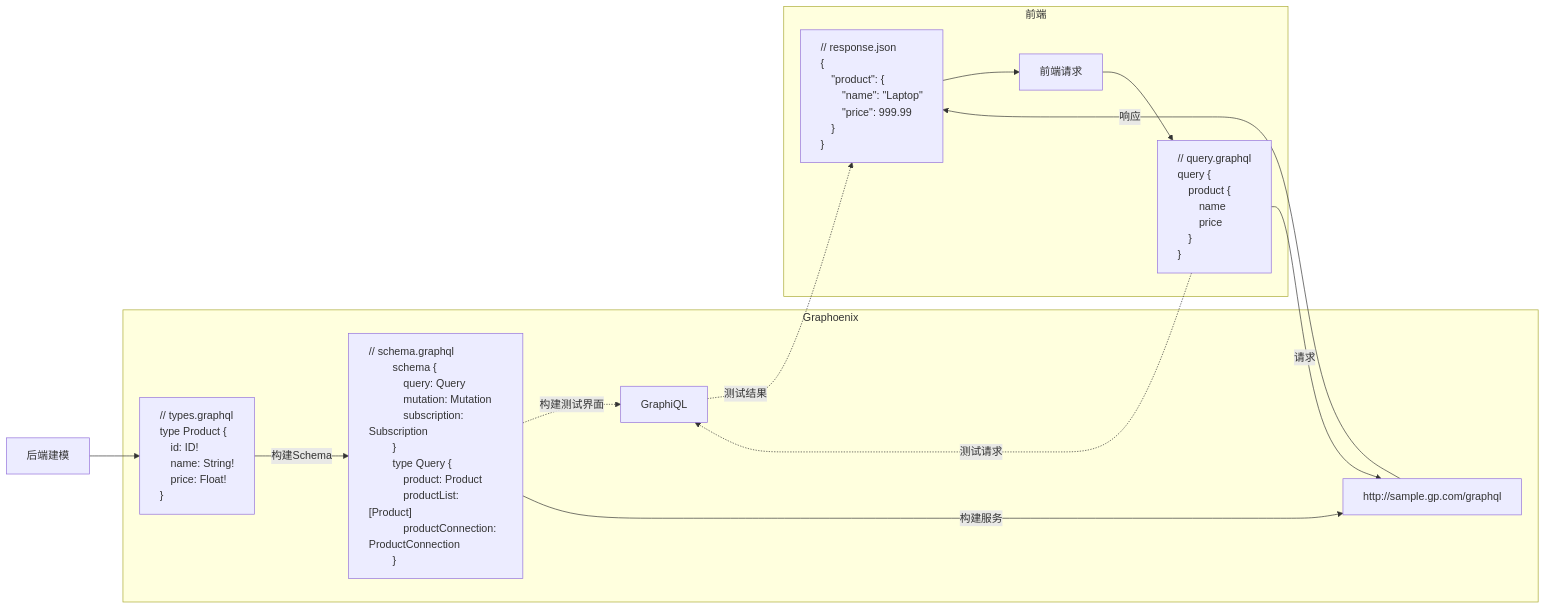
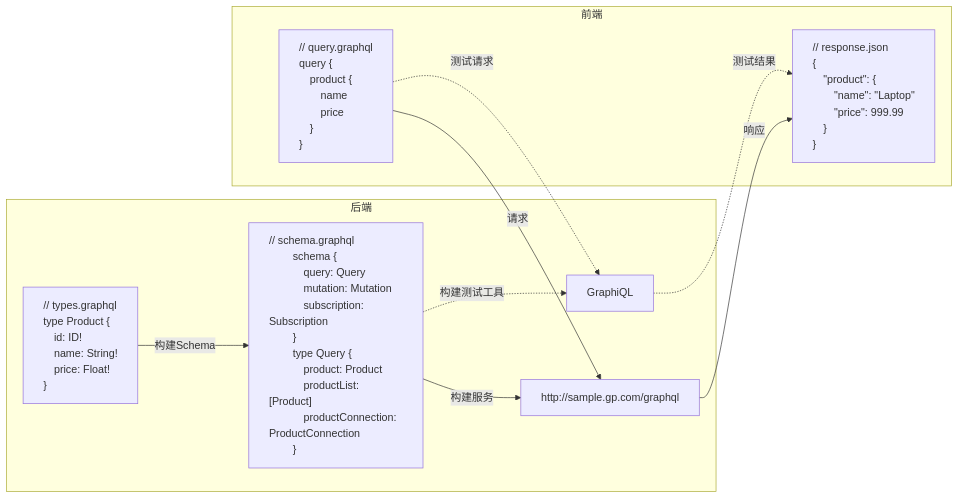
The second of 14 diagrams in docs/intro.md (doukai/gp-doc.github.io), drawn with Mermaid before and after one commit. The commit also changed other lines of this file, not shown here.

````diff
--- a/docs/intro.md
+++ b/docs/intro.md
@@ -52,55 +52,51 @@
 ```mermaid
 flowchart LR
-    uml[后端建模] --> schema
-    request --> query
+    query -. 测试请求 .-> iq
     query -- 请求 --> http
-    query -. 测试请求 .-> iq
     iq -. 测试结果 .-> response
     http -- 响应 --> response
-    response --> request
-    subgraph Graphoenix
-        schema["// types.graphql
+    subgraph 后端
+        types["// types.graphql
         type Product {
         &emsp;id: ID!
         &emsp;name: String!
         &emsp;price: Float!
         }"]
-        graphql["// schema.graphql
+        schema["// schema.graphql
         schema {
         &emsp;query: Query
         &emsp;mutation: Mutation
         &emsp;subscription: Subscription
         }
         type Query {
         &emsp;product: Product
         &emsp;productList: [Product]
         &emsp;productConnection: ProductConnection
         }"]
         http["http://sample.gp.com/graphql"]
         iq[GraphiQL]
-        schema -- 构建Schema --> graphql
-        graphql -. 构建测试界面 .-> iq
-        graphql -- 构建服务 --> http
+        types -- 构建Schema --> schema
+        schema -. 构建测试工具 .-> iq
+        schema -- 构建服务 --> http
     end
     subgraph 前端
-        request[前端请求]
         query["// query.graphql
         query {
         &emsp;product {
         &emsp;&emsp;name
         &emsp;&emsp;price
         &emsp;}
         }"]
         response["// response.json
         {
         &emsp;&quot;product&quot;: {
         &emsp;&emsp;&quot;name&quot;: &quot;Laptop&quot;
         &emsp;&emsp;&quot;price&quot;: 999.99
         &emsp;}
         }"]
     end
+    style types text-align:left
     style schema text-align:left
-    style graphql text-align:left
     style query text-align:left
     style response text-align:left
 ```
````
